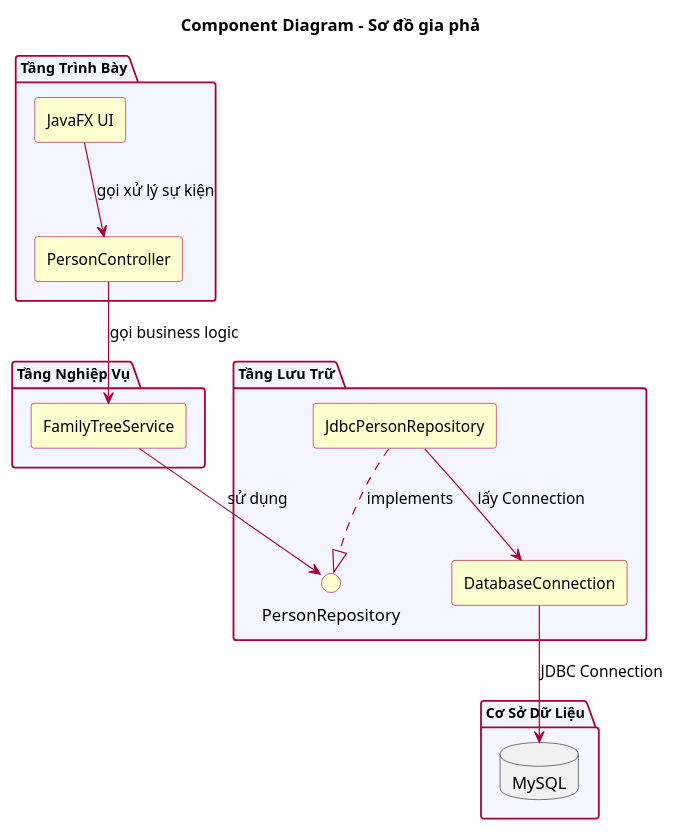
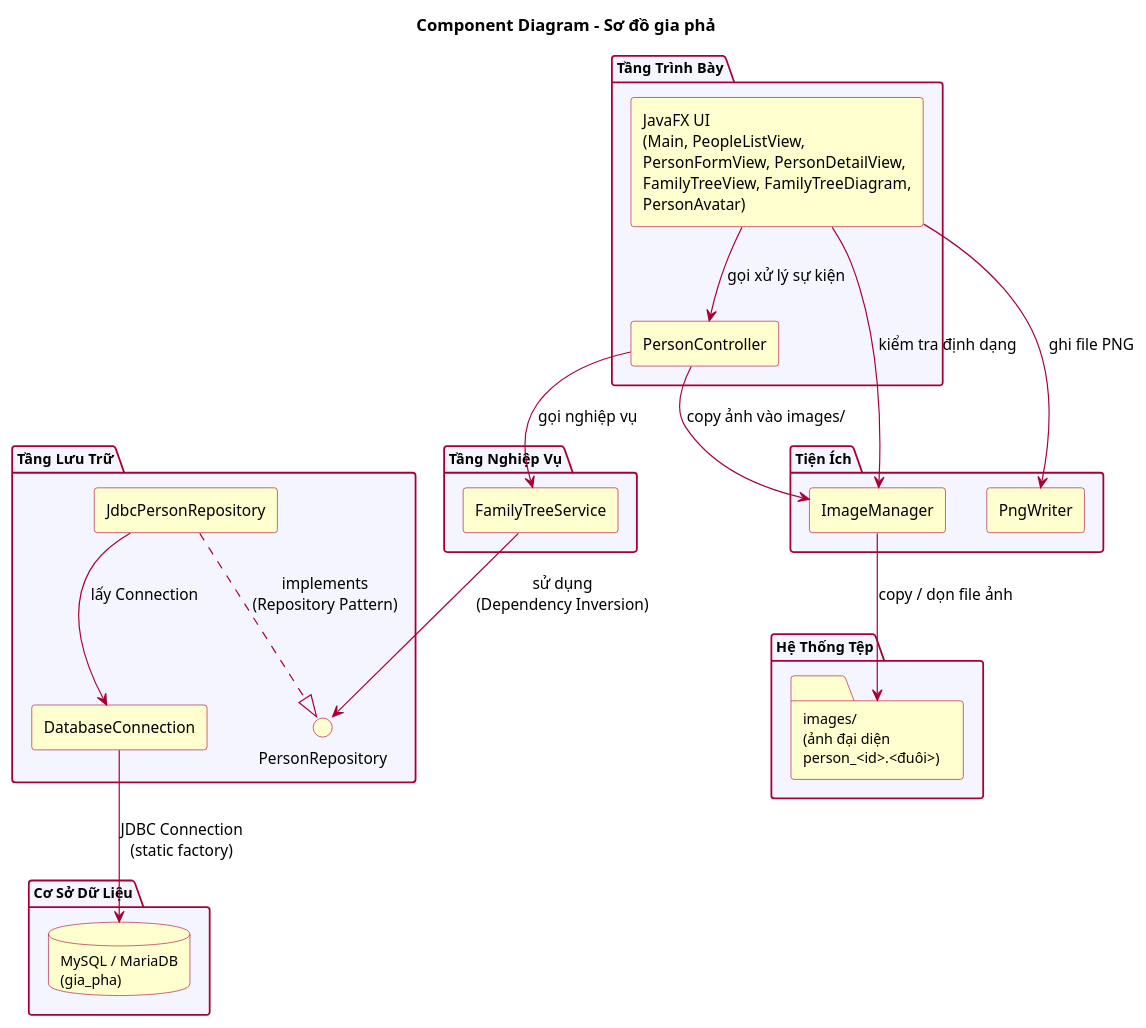
Before and after one commit to minhchien170704/do-an-gia-pha: the diagram in docs/uml/component-diagram.puml, drawn with PlantUML. The commit also changed 34 other files, not shown here.

```diff
--- a/docs/uml/component-diagram.puml
+++ b/docs/uml/component-diagram.puml
@@ -1,54 +1,81 @@
 @startuml component-diagram
 
 title Component Diagram - Sơ đồ gia phả
 
 skinparam componentStyle rectangle
 skinparam backgroundColor #FFFFFF
 skinparam component {
     BackgroundColor #FEFECE
     BorderColor #A80036
     FontSize 13
 }
 skinparam interface {
     BackgroundColor #FEFECE
     BorderColor #A80036
+    FontSize 13
 }
 skinparam package {
     BackgroundColor #F5F5FF
     BorderColor #A80036
     FontSize 12
 }
+skinparam database {
+    BackgroundColor #FEFECE
+    BorderColor #A80036
+    FontSize 12
+}
+skinparam folder {
+    BackgroundColor #FEFECE
+    BorderColor #A80036
+    FontSize 12
+}
 skinparam ArrowColor #A80036
 
 package "Tầng Trình Bày" {
-    component "JavaFX UI" as UI
+    component "JavaFX UI\n(Main, PeopleListView,\nPersonFormView, PersonDetailView,\nFamilyTreeView, FamilyTreeDiagram,\nPersonAvatar)" as UI
     component "PersonController" as Controller
 }
 
 package "Tầng Nghiệp Vụ" {
     component "FamilyTreeService" as Service
 }
 
 package "Tầng Lưu Trữ" {
     interface "PersonRepository" as RepoInterface
     component "JdbcPersonRepository" as JdbcRepo
     component "DatabaseConnection" as DBConn
 }
 
+package "Tiện Ích" {
+    component "ImageManager" as ImageMgr
+    component "PngWriter" as PngW
+}
+
 package "Cơ Sở Dữ Liệu" {
-    database "MySQL" as MySQL
+    database "MySQL / MariaDB\n(gia_pha)" as MySQL
+}
+
+package "Hệ Thống Tệp" {
+    folder "images/\n(ảnh đại diện\nperson_<id>.<đuôi>)" as ImagesDir
 }
 
 UI --> Controller : gọi xử lý sự kiện
 
-Controller --> Service : gọi business logic
+Controller --> Service : gọi nghiệp vụ
 
-Service --> RepoInterface : sử dụng
+Service --> RepoInterface : sử dụng\n(Dependency Inversion)
 
-JdbcRepo ..|> RepoInterface : implements
+JdbcRepo ..|> RepoInterface : implements\n(Repository Pattern)
 
 JdbcRepo --> DBConn : lấy Connection
 
-DBConn --> MySQL : JDBC Connection
+DBConn --> MySQL : JDBC Connection\n(static factory)
+
+Controller --> ImageMgr : copy ảnh vào images/
+UI --> ImageMgr : kiểm tra định dạng
+
+UI --> PngW : ghi file PNG
+
+ImageMgr --> ImagesDir : copy / dọn file ảnh
 
 @enduml
```
